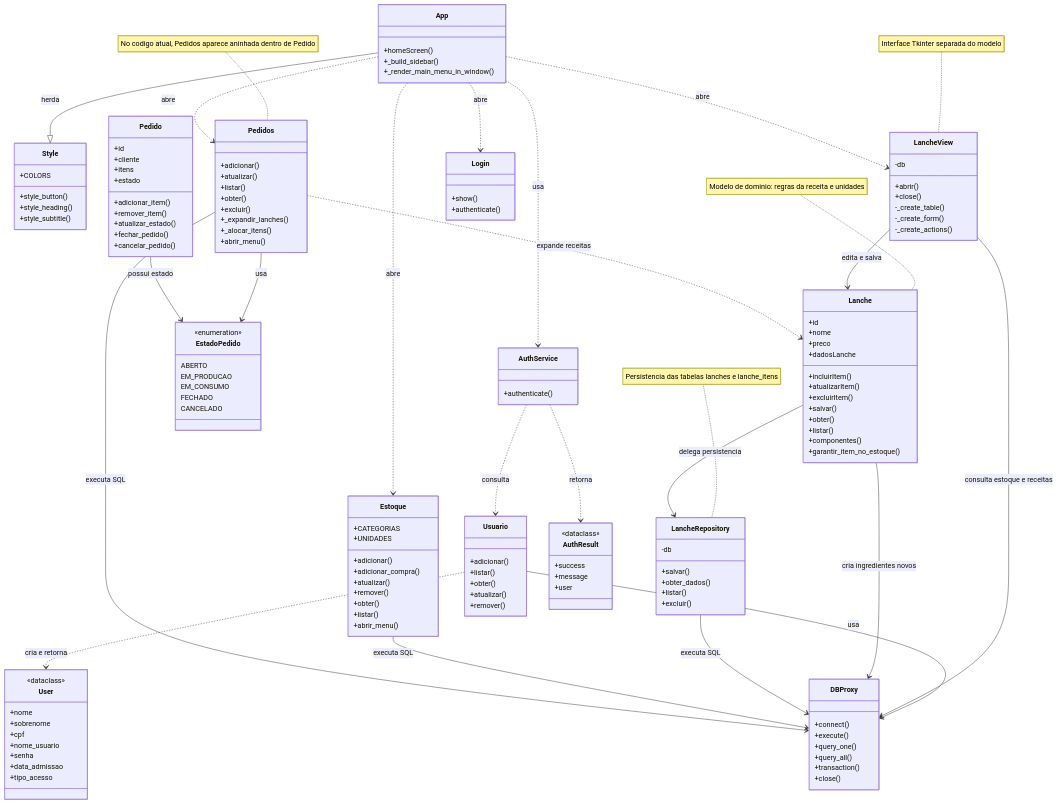
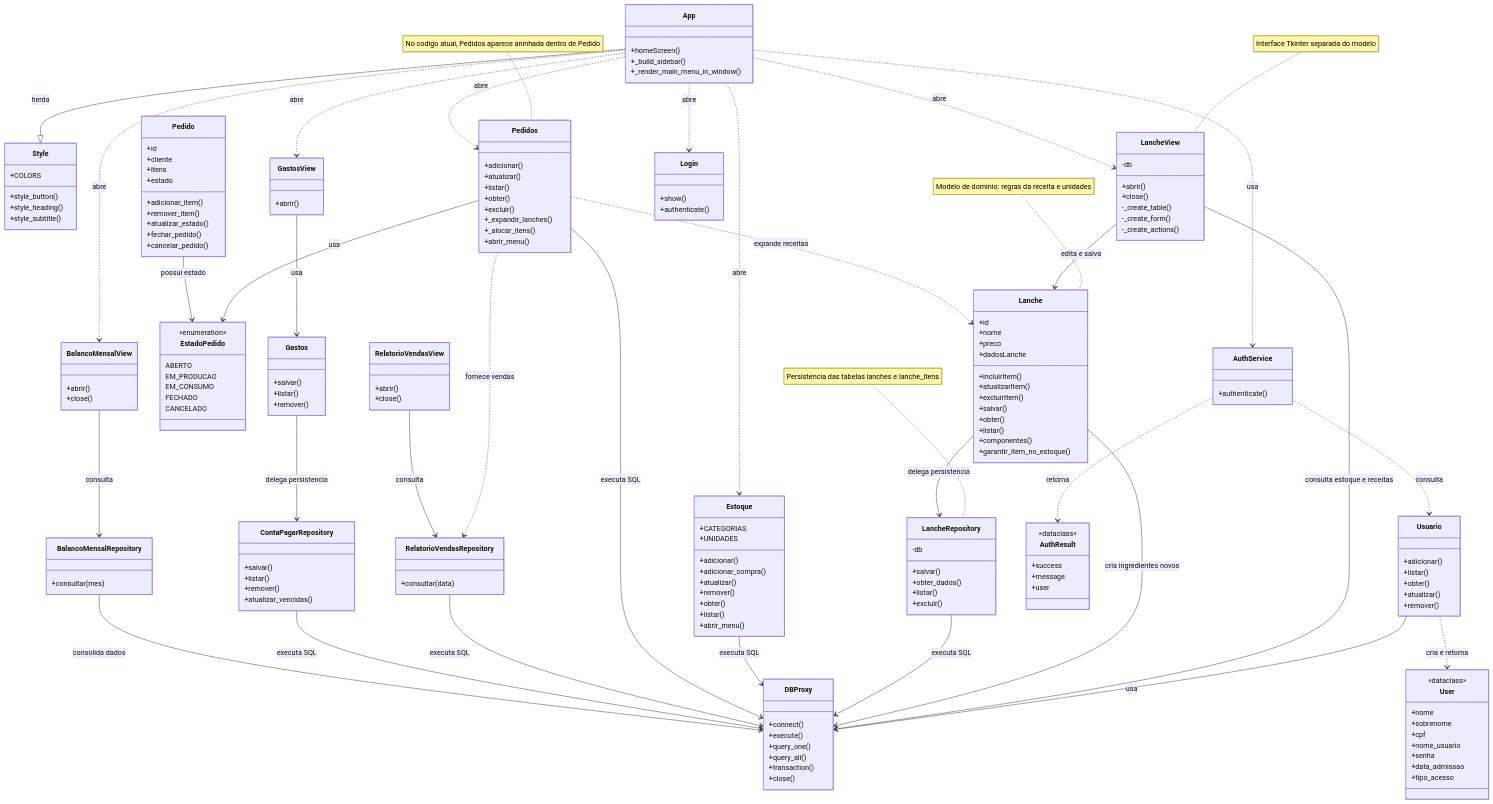
Before and after one commit to rudymuller/SnackFlow: the diagram in documentation/Diagrama_de_classes_atual.md, drawn with Mermaid. The commit also changed 6 other files, not shown here.

```diff
--- a/documentation/Diagrama_de_classes_atual.md
+++ b/documentation/Diagrama_de_classes_atual.md
@@ -102,6 +102,41 @@
         +abrir_menu()
     }
 
+    class RelatorioVendasRepository {
+        +consultar(data)
+    }
+
+    class RelatorioVendasView {
+        +abrir()
+        +close()
+    }
+
+    class ContaPagarRepository {
+        +salvar()
+        +listar()
+        +remover()
+        +atualizar_vencidas()
+    }
+
+    class Gastos {
+        +salvar()
+        +listar()
+        +remover()
+    }
+
+    class GastosView {
+        +abrir()
+    }
+
+    class BalancoMensalRepository {
+        +consultar(mes)
+    }
+
+    class BalancoMensalView {
+        +abrir()
+        +close()
+    }
+
     class User {
         <<dataclass>>
         +nome
@@ -143,6 +178,8 @@
     App ..> LancheView : abre
     App ..> Estoque : abre
     App ..> Pedidos : abre
+    App ..> GastosView : abre
+    App ..> BalancoMensalView : abre
 
     AuthService ..> Usuario : consulta
     AuthService ..> AuthResult : retorna
@@ -160,6 +197,14 @@
     Pedidos ..> Lanche : expande receitas
     Pedidos --> EstadoPedido : usa
     Pedido --> EstadoPedido : possui estado
+    Pedidos ..> RelatorioVendasRepository : fornece vendas
+    RelatorioVendasView --> RelatorioVendasRepository : consulta
+    RelatorioVendasRepository --> DBProxy : executa SQL
+    Gastos --> ContaPagarRepository : delega persistencia
+    GastosView --> Gastos : usa
+    ContaPagarRepository --> DBProxy : executa SQL
+    BalancoMensalView --> BalancoMensalRepository : consulta
+    BalancoMensalRepository --> DBProxy : consolida dados
 
     note for Lanche "Modelo de dominio: regras da receita e unidades"
     note for LancheRepository "Persistencia das tabelas lanches e lanche_itens"
```
